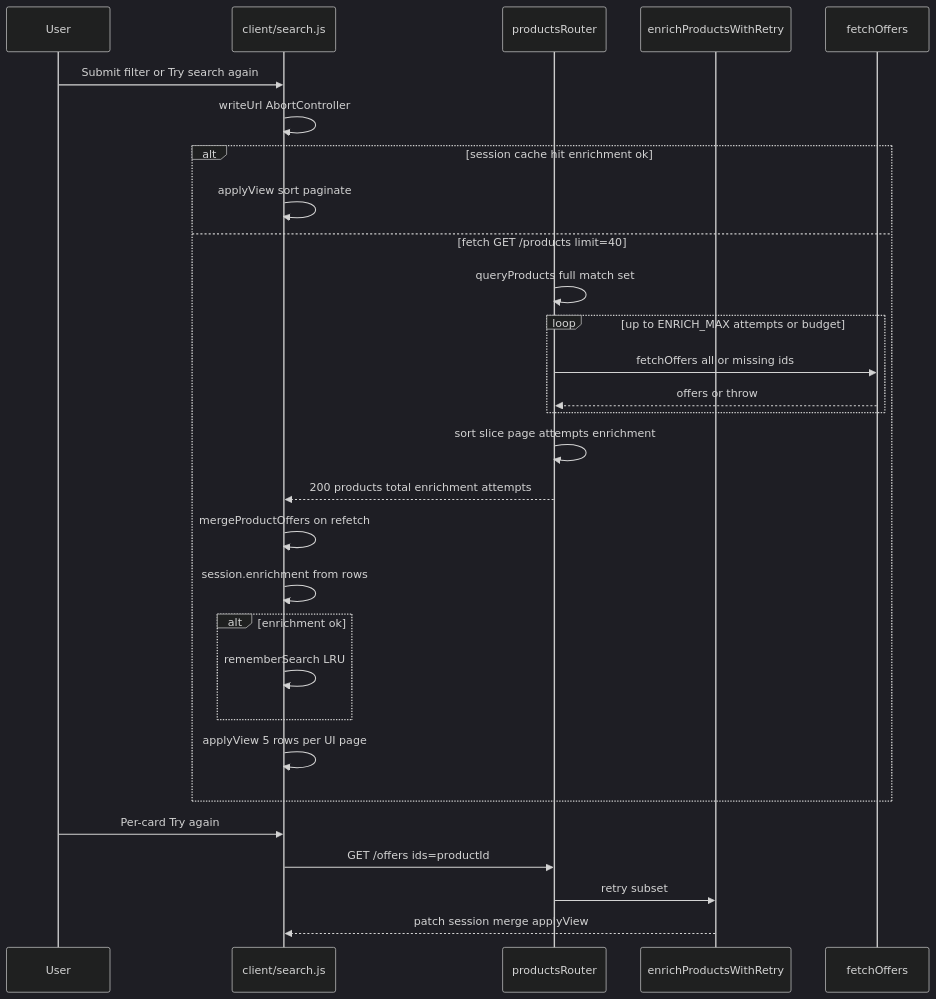
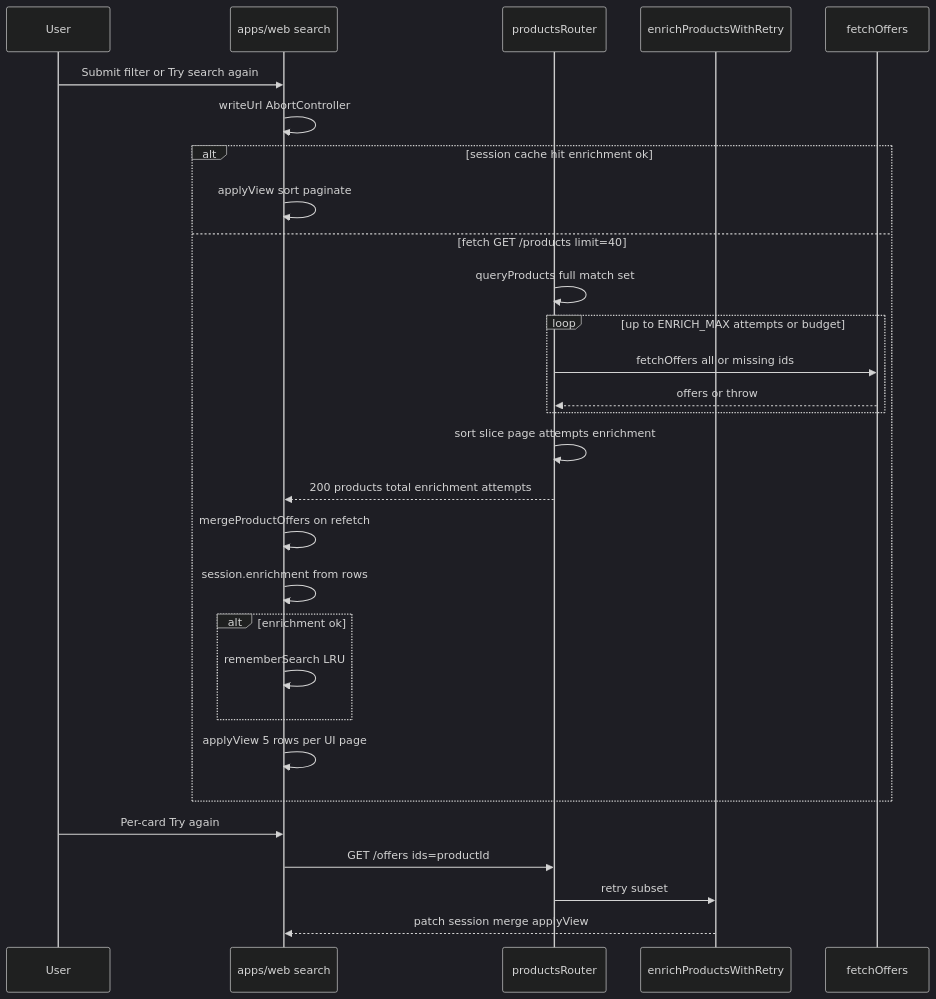
One commit to Karabo-Seipelo/MrD changed the diagram in SOLUTION.md. Above: the diagram before and after it, drawn with Mermaid (dark theme). The commit also changed other lines of this file and 2 other files, not shown here.

First line of the commit message:
docs: add ARCHITECTURE.md for system overview and design details

````diff
--- a/SOLUTION.md
+++ b/SOLUTION.md
@@ -9,32 +9,32 @@
 ```mermaid
 sequenceDiagram
   participant User
-  participant Page as client/search.js
+  participant Page as apps/web search
   participant API as productsRouter
   participant Enrich as enrichProductsWithRetry
   participant Upstream as fetchOffers
 
   User->>Page: Submit filter or Try search again
   Page->>Page: writeUrl AbortController
   alt session cache hit enrichment ok
     Page->>Page: applyView sort paginate
   else fetch GET /products limit=40
     API->>API: queryProducts full match set
     loop up to ENRICH_MAX attempts or budget
       API->>Upstream: fetchOffers all or missing ids
       Upstream-->>API: offers or throw
     end
     API->>API: sort slice page attempts enrichment
     API-->>Page: 200 products total enrichment attempts
     Page->>Page: mergeProductOffers on refetch
     Page->>Page: session.enrichment from rows
     alt enrichment ok
       Page->>Page: rememberSearch LRU
     end
     Page->>Page: applyView 5 rows per UI page
   end
   User->>Page: Per-card Try again
   Page->>API: GET /offers ids=productId
   API->>Enrich: retry subset
   Enrich-->>Page: patch session merge applyView
 ```
````
